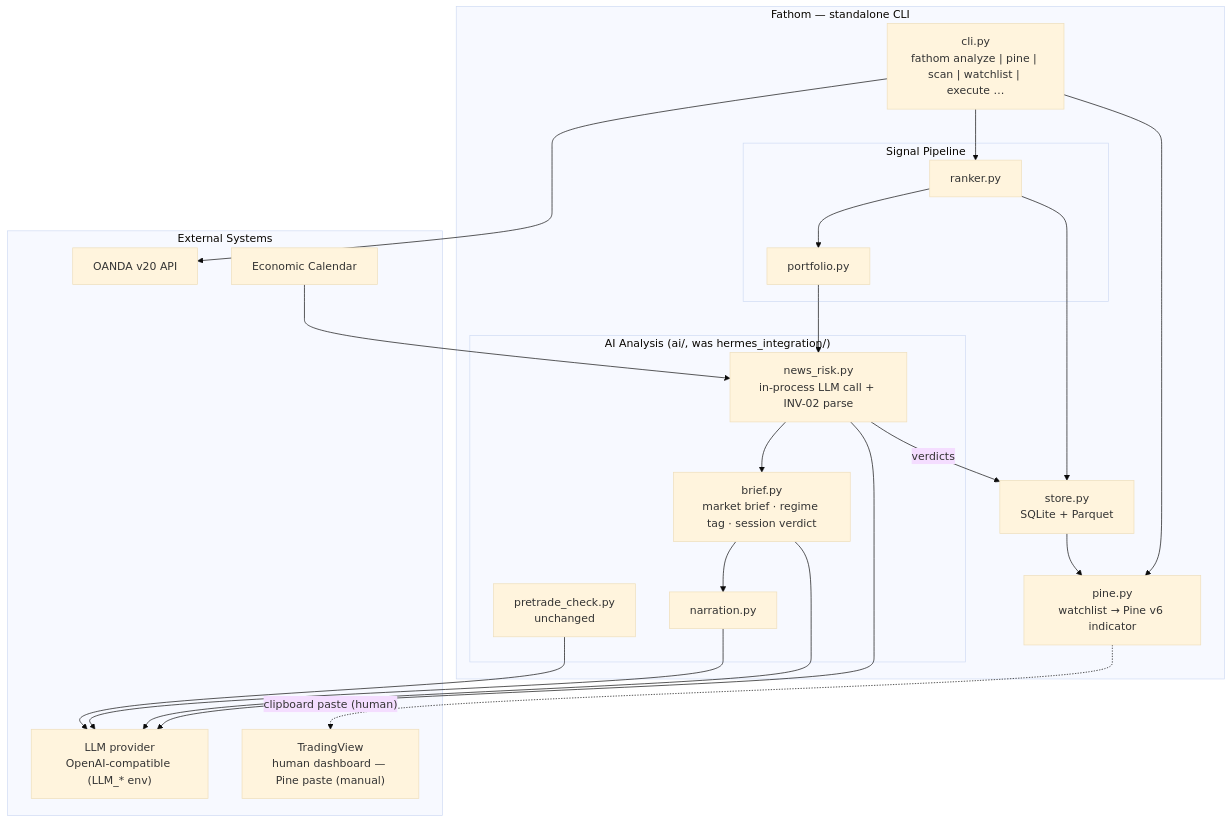
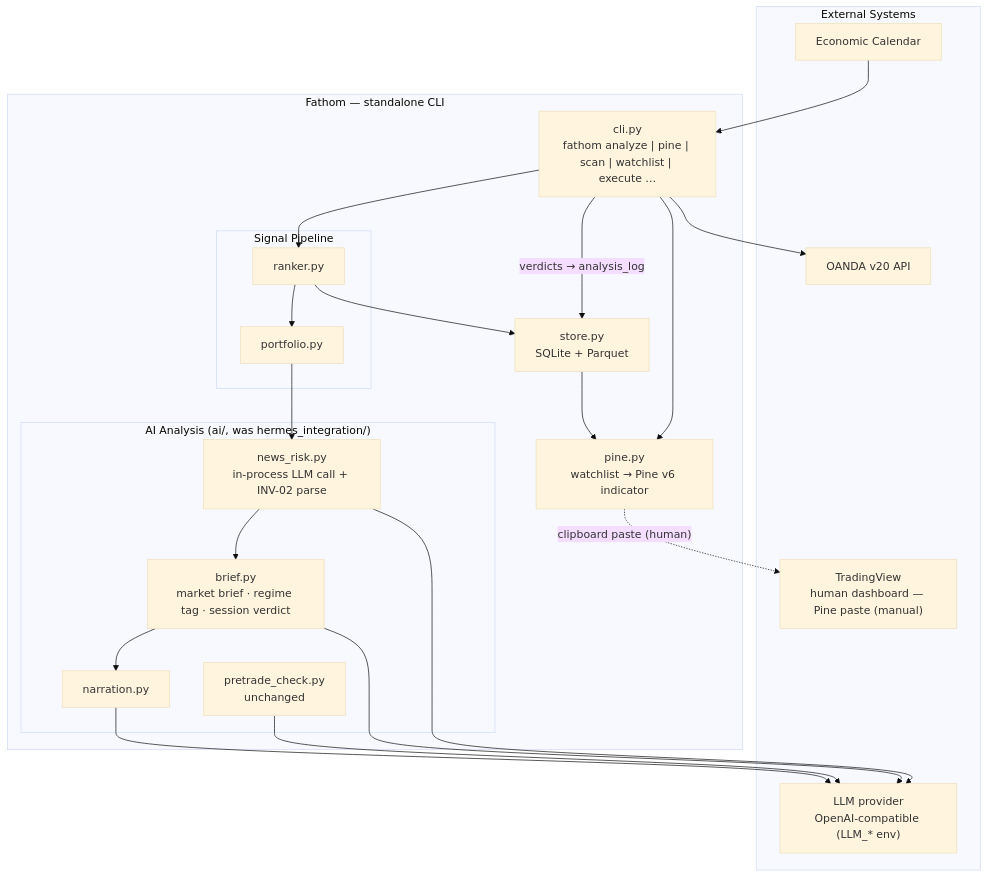
The diagram in docs/phases/phase-07/phase.md (saambaby/fathom), drawn with Mermaid (base theme) before and after one commit. The commit also changed 4 other files, not shown here.

````diff
--- a/docs/phases/phase-07/phase.md
+++ b/docs/phases/phase-07/phase.md
@@ -86,39 +86,39 @@
 ```mermaid
 graph TD
     subgraph ext["External Systems"]
         OANDA["OANDA v20 API"]
         LLM_API["LLM provider\nOpenAI-compatible (LLM_* env)"]
         CALENDAR["Economic Calendar"]
         TV["TradingView\nhuman dashboard — Pine paste (manual)"]
     end
 
     subgraph fathom["Fathom — standalone CLI"]
         CLI["cli.py\nfathom analyze | pine | scan | watchlist | execute …"]
 
         subgraph signal_layer["Signal Pipeline"]
             RANKER["ranker.py"]
             PORTFOLIO["portfolio.py"]
         end
 
         subgraph ai_layer["AI Analysis (ai/, was hermes_integration/)"]
             NEWSRISK["news_risk.py\nin-process LLM call + INV-02 parse"]
             BRIEF["brief.py\nmarket brief · regime tag · session verdict"]
             NARRATE["narration.py"]
             PRETRADE["pretrade_check.py\nunchanged"]
         end
 
         PINE["pine.py\nwatchlist → Pine v6 indicator"]
         STORE["store.py\nSQLite + Parquet"]
     end
 
     CLI --> RANKER --> PORTFOLIO --> NEWSRISK
     NEWSRISK --> BRIEF --> NARRATE
-    NEWSRISK -- "verdicts" --> STORE
+    CLI -- "verdicts → analysis_log" --> STORE
     CLI --> PINE
     STORE --> PINE
     PINE -. "clipboard paste (human)" .-> TV
     NEWSRISK & BRIEF & NARRATE & PRETRADE --> LLM_API
     RANKER --> STORE
     CLI --> OANDA
-    CALENDAR --> NEWSRISK
+    CALENDAR --> CLI
 ```
````
